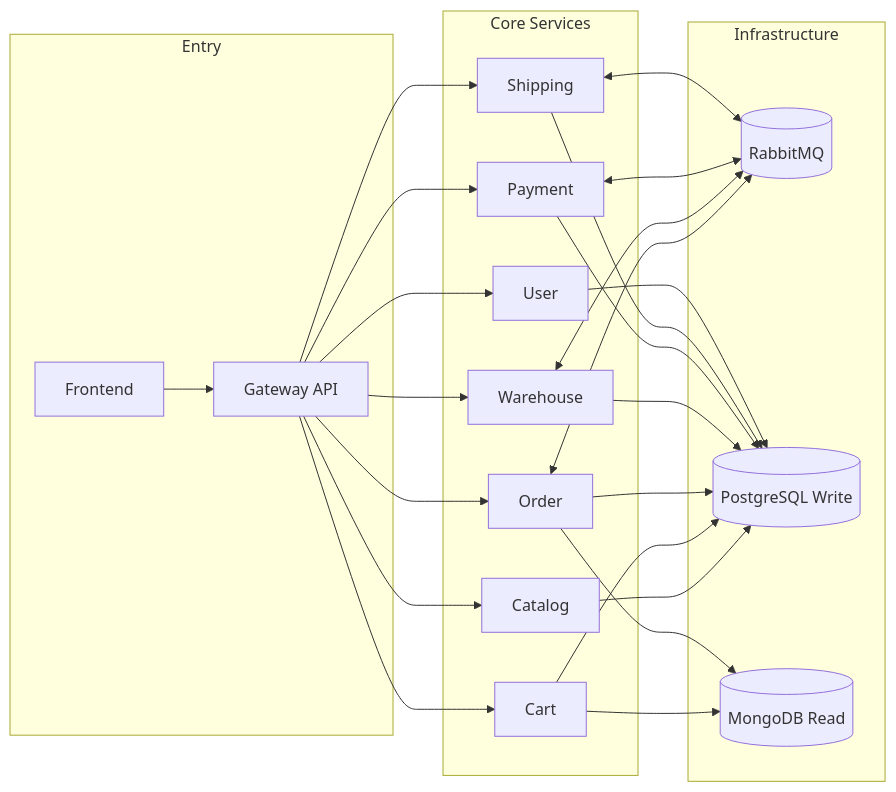
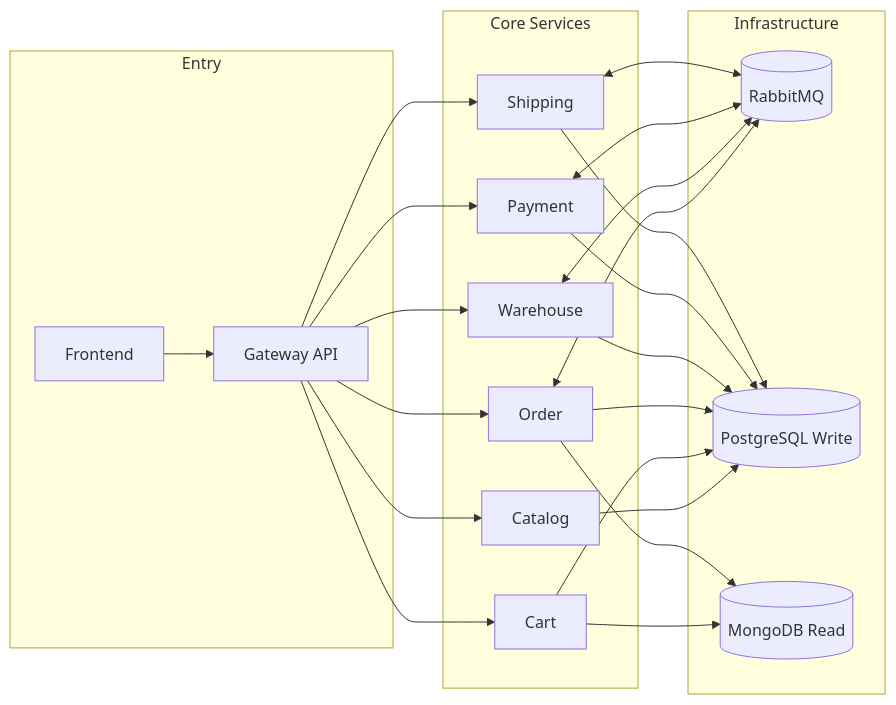
One commit to enricorticelli/cqrs-ecommerce changed the diagram in README.md. Above: the diagram before and after it, drawn with Mermaid. The commit also changed other lines of this file and 61 other files, not shown here.

````diff
--- a/README.md
+++ b/README.md
@@ -39,48 +39,45 @@
 ```mermaid
 flowchart LR
     subgraph ENTRY[Entry]
         FE[Frontend]
         GW[Gateway API]
     end
 
     subgraph CORE[Core Services]
         CAT[Catalog]
         CART[Cart]
         ORD[Order]
         WH[Warehouse]
         PAY[Payment]
         SHIP[Shipping]
-        USR[User]
     end
 
     subgraph INFRA[Infrastructure]
         MQ[(RabbitMQ)]
         PG[(PostgreSQL Write)]
         MONGO[(MongoDB Read)]
     end
 
     FE --> GW
 
     GW --> CAT
     GW --> CART
     GW --> ORD
     GW --> WH
     GW --> PAY
     GW --> SHIP
-    GW --> USR
 
     ORD <--> MQ
     WH <--> MQ
     PAY <--> MQ
     SHIP <--> MQ
 
     CAT --> PG
     CART --> PG
     ORD --> PG
     CART --> MONGO
     ORD --> MONGO
     WH --> PG
     PAY --> PG
     SHIP --> PG
-    USR --> PG
 ```
````
